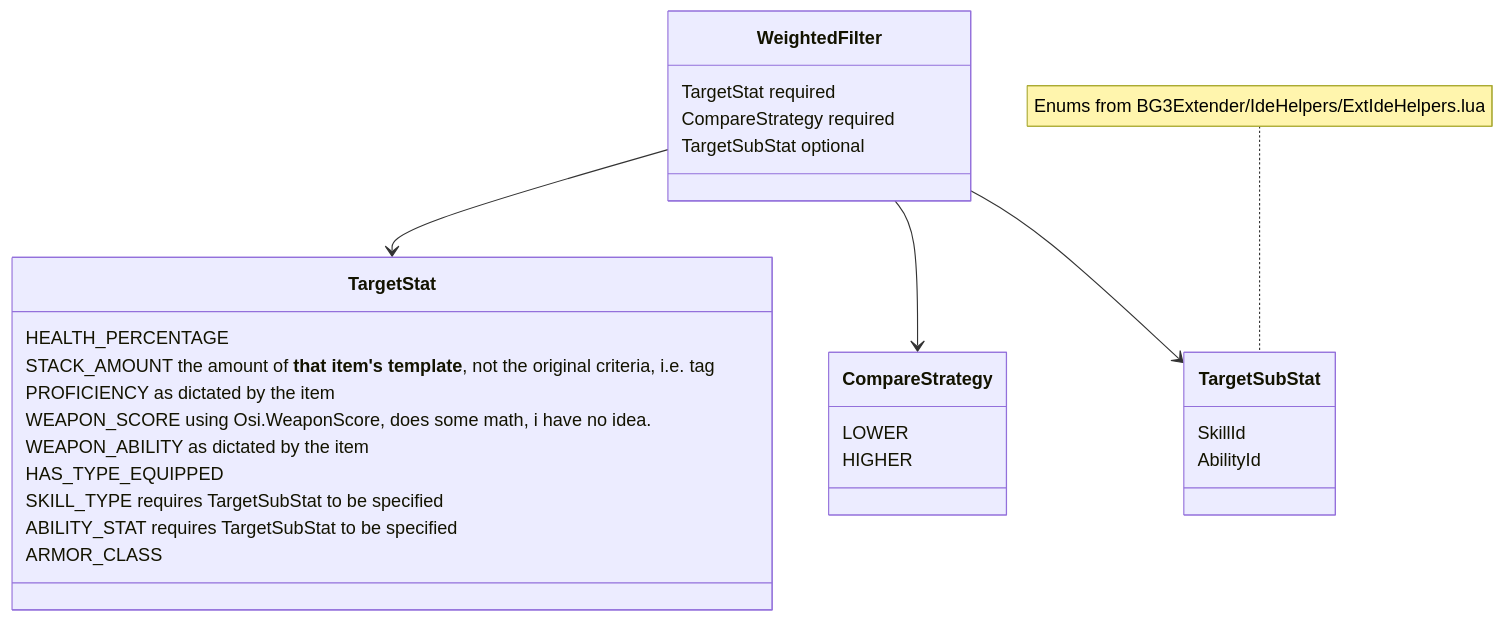
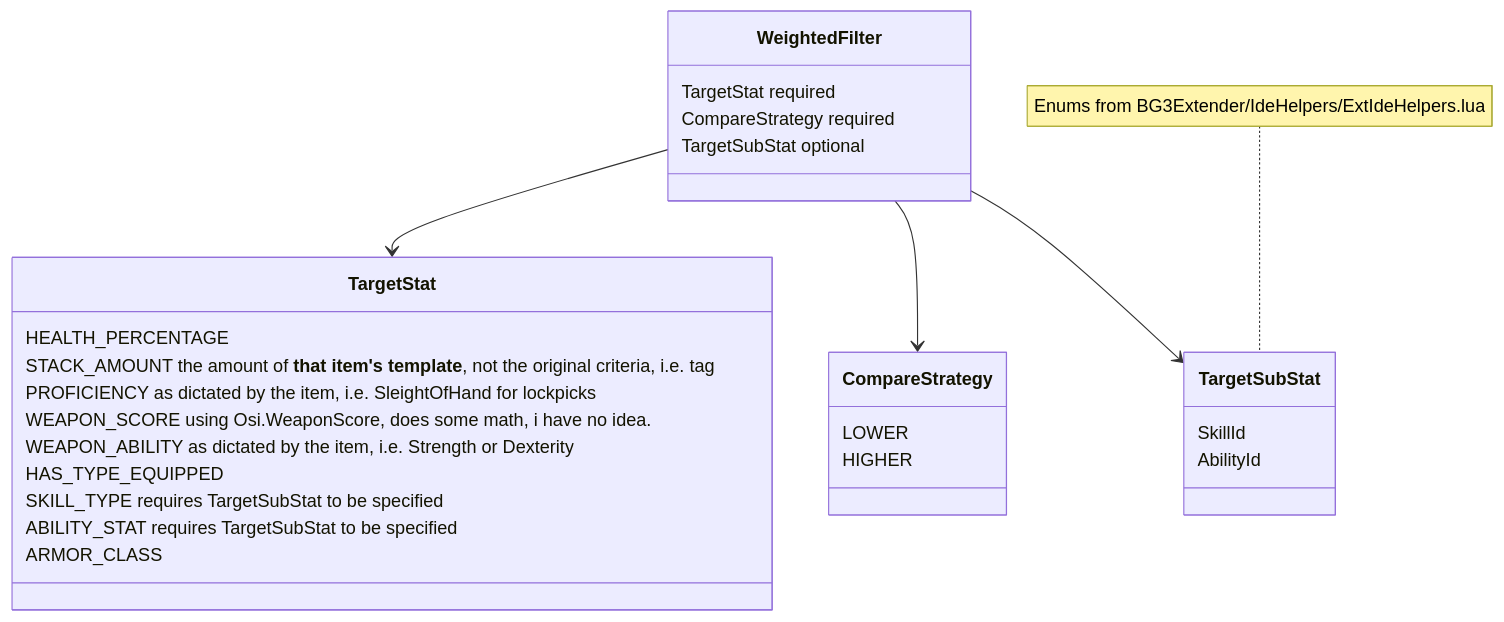
Before and after one commit to osirisOfGit/BG3_Automatic_Inventory_Manager: the first of 2 diagrams in README.md, drawn with Mermaid. The commit also changed other lines of this file, not shown here.

````diff
--- a/README.md
+++ b/README.md
@@ -66,36 +90,36 @@
 ```mermaid
 classDiagram
     WeightedFilter --> TargetStat 
     WeightedFilter --> CompareStrategy
     WeightedFilter --> TargetSubStat
     
     class WeightedFilter{
         TargetStat required
         CompareStrategy required
         TargetSubStat optional
     }
 
     class TargetStat {
         HEALTH_PERCENTAGE
         STACK_AMOUNT the amount of **that item's template**, not the original criteria, i.e. tag
-        PROFICIENCY as dictated by the item
+        PROFICIENCY as dictated by the item, i.e. SleightOfHand for lockpicks
         WEAPON_SCORE using Osi.WeaponScore, does some math, i have no idea.
-        WEAPON_ABILITY as dictated by the item
+        WEAPON_ABILITY as dictated by the item, i.e. Strength or Dexterity
         HAS_TYPE_EQUIPPED
         SKILL_TYPE requires TargetSubStat to be specified
         ABILITY_STAT requires TargetSubStat to be specified
         ARMOR_CLASS
     }
 
     class CompareStrategy {
         LOWER 
         HIGHER
     }
 
     class TargetSubStat {
         SkillId
         AbilityId
     }
 
     note for TargetSubStat "Enums from BG3Extender/IdeHelpers/ExtIdeHelpers.lua"
 ```
````
